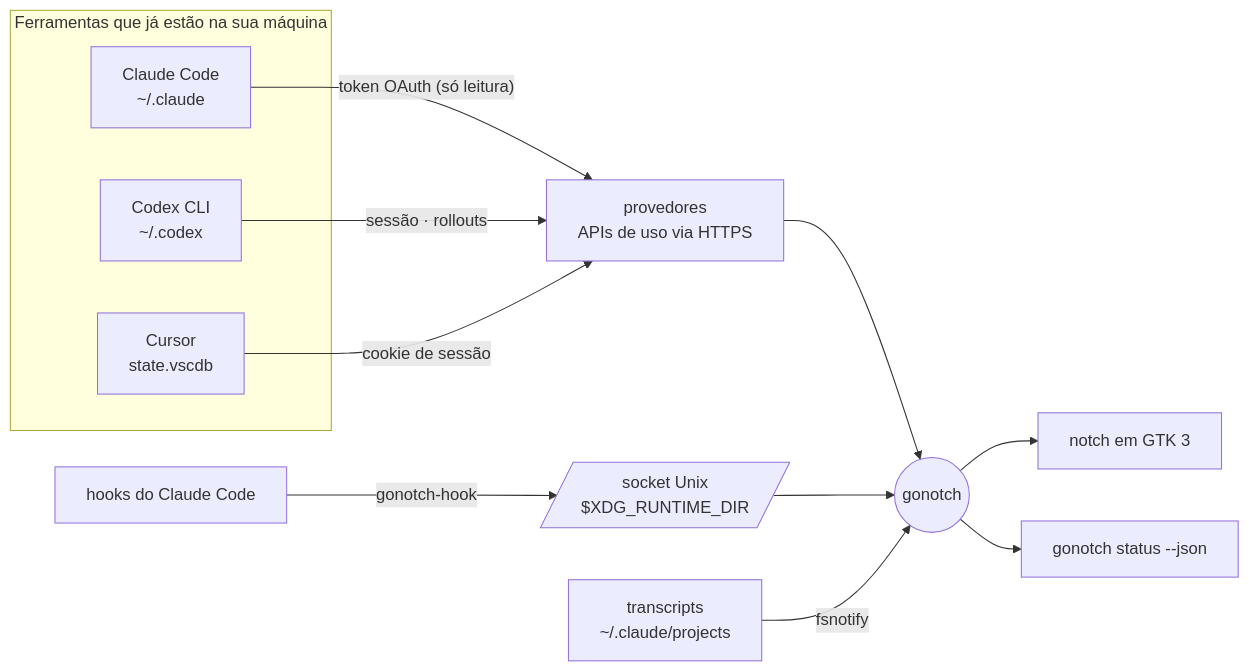
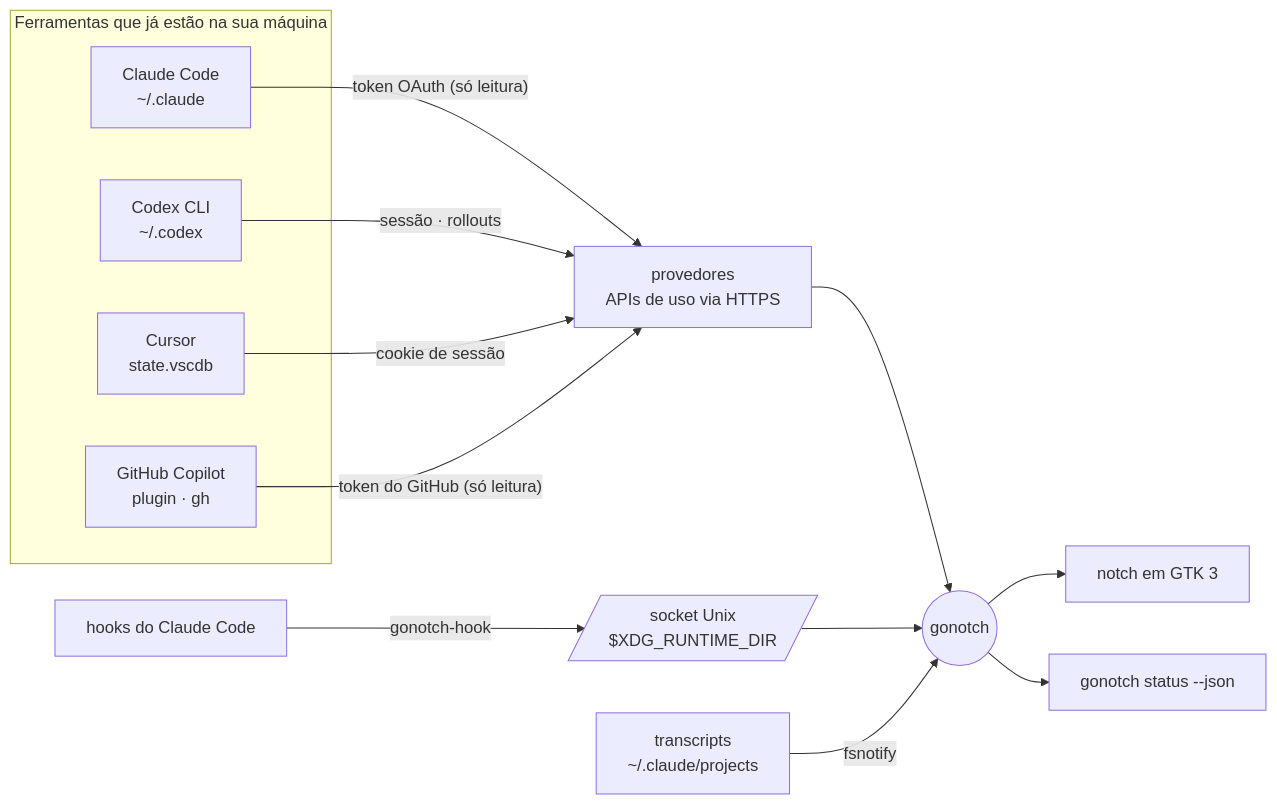
One commit to Leock9/gonotch changed the diagram in README.pt-BR.md. Above: the diagram before and after it, drawn with Mermaid. The commit also changed other lines of this file and 11 other files, not shown here.

First line of the commit message:
Add GitHub Copilot provider

````diff
--- a/README.pt-BR.md
+++ b/README.pt-BR.md
@@ -144,17 +145,19 @@
 ```mermaid
 flowchart LR
     subgraph machine["Ferramentas que já estão na sua máquina"]
         CC["Claude Code<br/>~/.claude"]
         CX["Codex CLI<br/>~/.codex"]
         CU["Cursor<br/>state.vscdb"]
+        GH["GitHub Copilot<br/>plugin · gh"]
     end
     CC -- "token OAuth (só leitura)" --> P
     CX -- "sessão · rollouts" --> P
     CU -- "cookie de sessão" --> P
+    GH -- "token do GitHub (só leitura)" --> P
     P["provedores<br/>APIs de uso via HTTPS"] --> A(("gonotch"))
     H["hooks do Claude Code"] -- "gonotch-hook" --> S[/"socket Unix<br/>$XDG_RUNTIME_DIR"/]
     S --> A
     T["transcripts<br/>~/.claude/projects"] -- "fsnotify" --> A
     A --> N["notch em GTK 3"]
     A --> J["gonotch status --json"]
 ```
````
